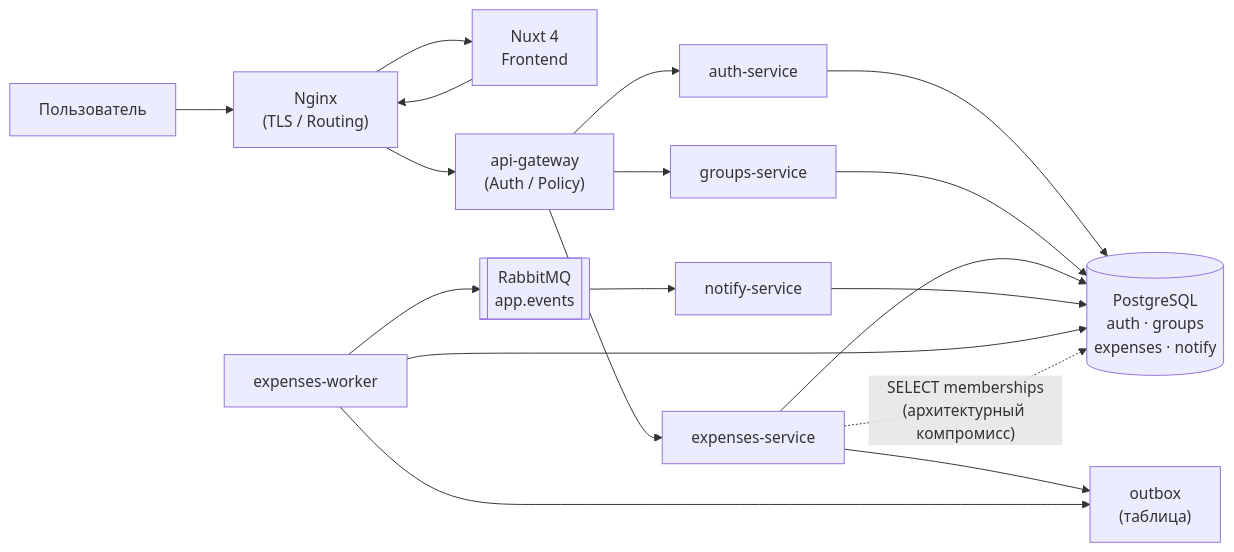
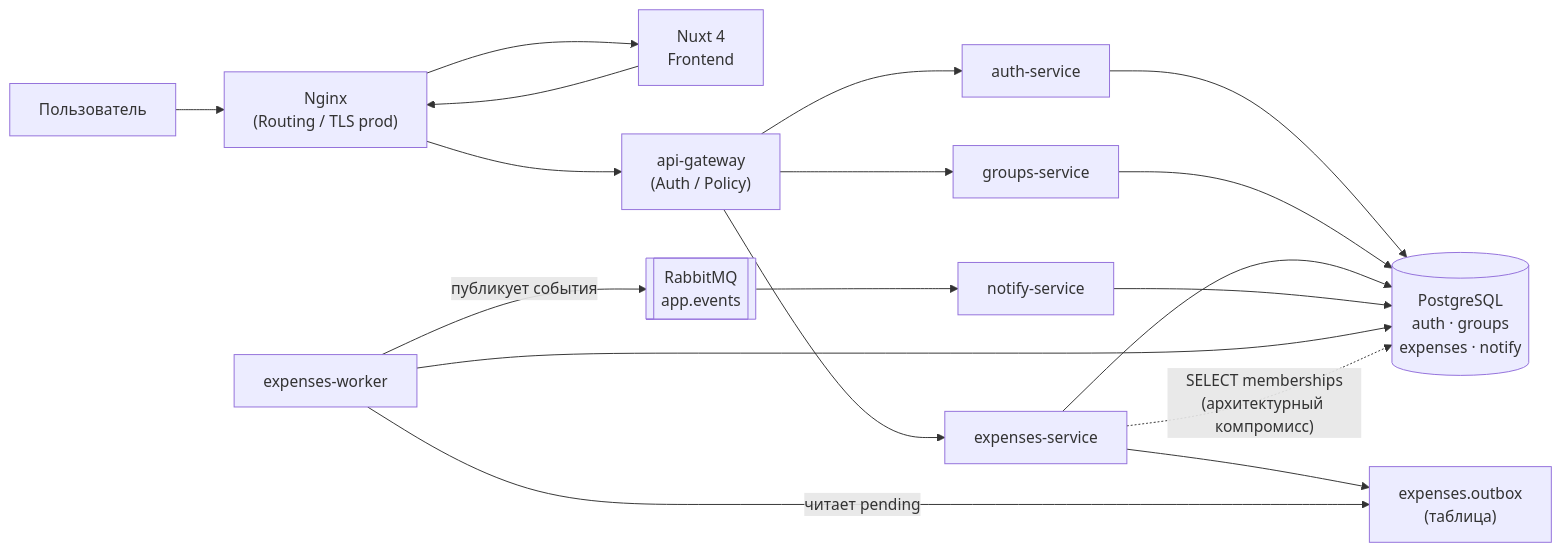
Before and after one commit to Vertenz/vkr-text: the diagram in 1_4_проектирование_архитектуры.md, drawn with Mermaid. The commit also changed other lines of this file and 17 other files, not shown here.

````diff
--- a/1_4_проектирование_архитектуры.md
+++ b/1_4_проектирование_архитектуры.md
@@ -27,20 +27,20 @@
 ```mermaid
 flowchart LR
-    U["Пользователь"] --> N["Nginx\n(TLS / Routing)"]
+    U["Пользователь"] --> N["Nginx\n(Routing / TLS prod)"]
     N --> FE["Nuxt 4\nFrontend"]
     N --> GW["api-gateway\n(Auth / Policy)"]
     FE --> N
     GW --> A["auth-service"]
     GW --> G["groups-service"]
     GW --> E["expenses-service"]
     A --> PG[("PostgreSQL\nauth · groups\nexpenses · notify")]
     G --> PG
     E --> PG
     NS["notify-service"] --> PG
     EW["expenses-worker"] --> PG
-    E --> OUT["outbox\n(таблица)"]
-    EW --> OUT
-    EW --> RMQ[["RabbitMQ\napp.events"]]
+    E --> OUT["expenses.outbox\n(таблица)"]
+    EW -- "читает pending" --> OUT
+    EW -- "публикует события" --> RMQ[["RabbitMQ\napp.events"]]
     RMQ --> NS
     E -. "SELECT memberships\n(архитектурный компромисс)" .-> PG
 ```
````
